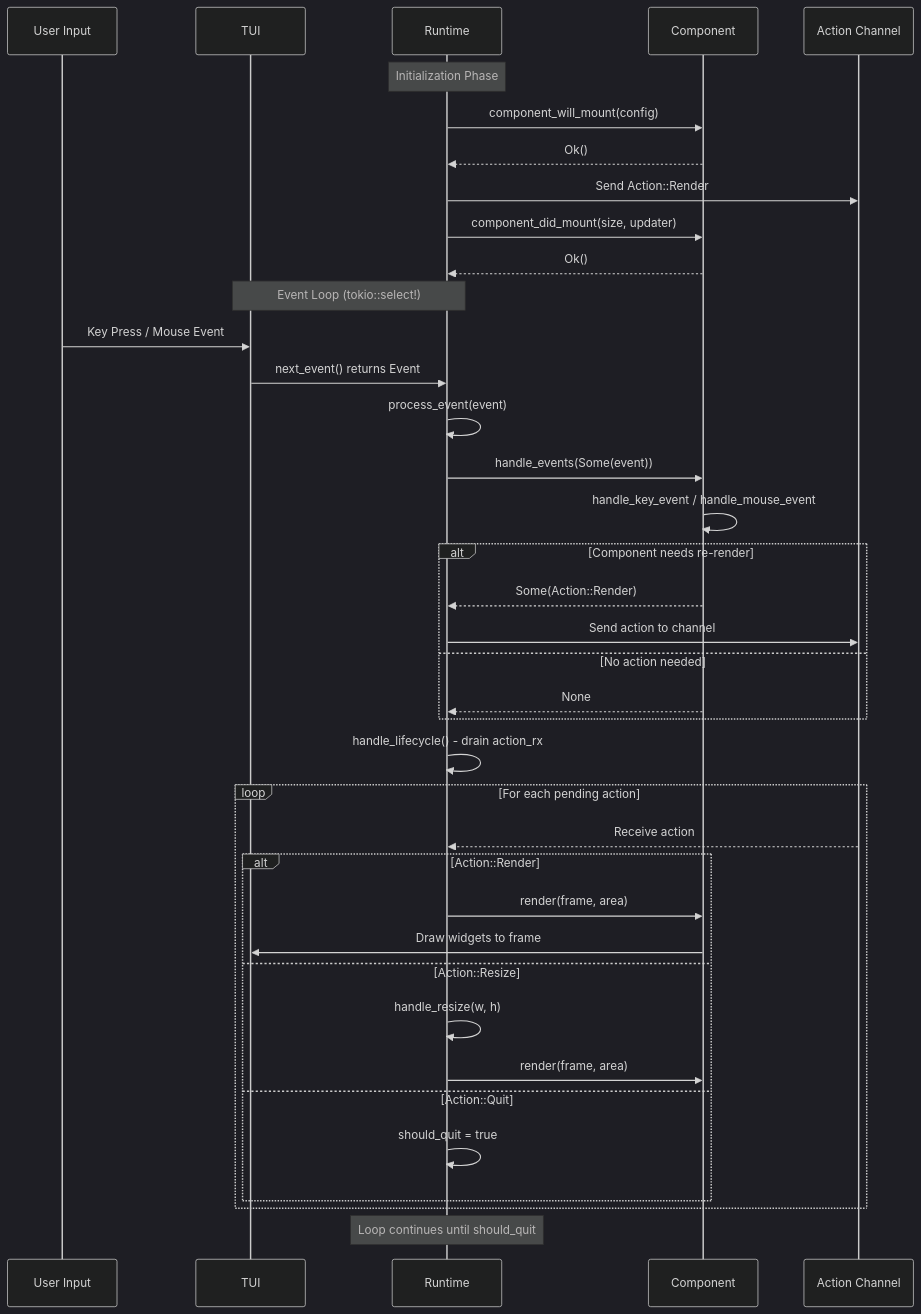
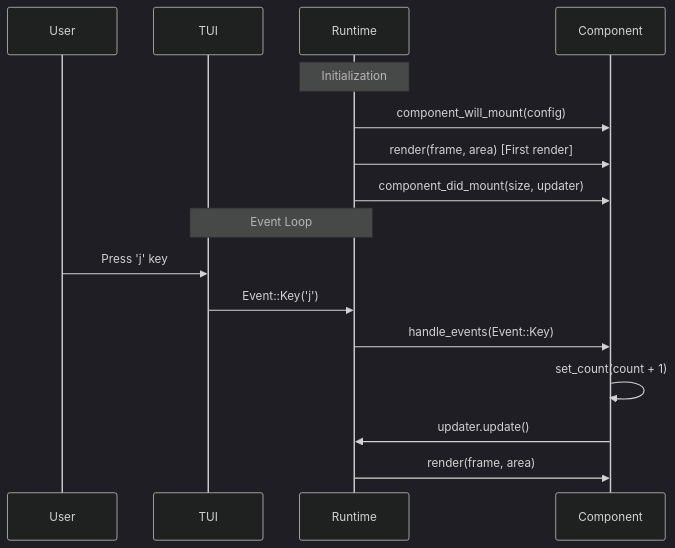
Before and after one commit to bloodnighttw/yap: the diagram in README.md, drawn with Mermaid (dark theme). The commit also changed other lines of this file and 1 other file, not shown here.

````diff
--- a/README.md
+++ b/README.md
@@ -78,47 +146,20 @@
 ```mermaid
 sequenceDiagram
-    participant U as User Input
+    participant U as User
     participant T as TUI
     participant R as Runtime
     participant C as Component
-    participant A as Action Channel
     
-    Note over R: Initialization Phase
+    Note over R: Initialization
     R->>C: component_will_mount(config)
-    C-->>R: Ok()
-    R->>A: Send Action::Render
+    R->>C: render(frame, area) [First render]
     R->>C: component_did_mount(size, updater)
-    C-->>R: Ok()
     
-    Note over R,T: Event Loop (tokio::select!)
-    
-    U->>T: Key Press / Mouse Event
-    T->>R: next_event() returns Event
-    R->>R: process_event(event)
-    R->>C: handle_events(Some(event))
-    C->>C: handle_key_event / handle_mouse_event
-    
-    alt Component needs re-render
-        C-->>R: Some(Action::Render)
-        R->>A: Send action to channel
-    else No action needed
-        C-->>R: None
-    end
-    
-    R->>R: handle_lifecycle() - drain action_rx
-    
-    loop For each pending action
-        A-->>R: Receive action
-        alt Action::Render
-            R->>C: render(frame, area)
-            C->>T: Draw widgets to frame
-        else Action::Resize
-            R->>R: handle_resize(w, h)
-            R->>C: render(frame, area)
-        else Action::Quit
-            R->>R: should_quit = true
-        end
-    end
-    
-    Note over R: Loop continues until should_quit
+    Note over R,T: Event Loop
+    U->>T: Press 'j' key
+    T->>R: Event::Key('j')
+    R->>C: handle_events(Event::Key)
+    C->>C: set_count(count + 1)
+    C->>R: updater.update()
+    R->>C: render(frame, area)
 ```
````
